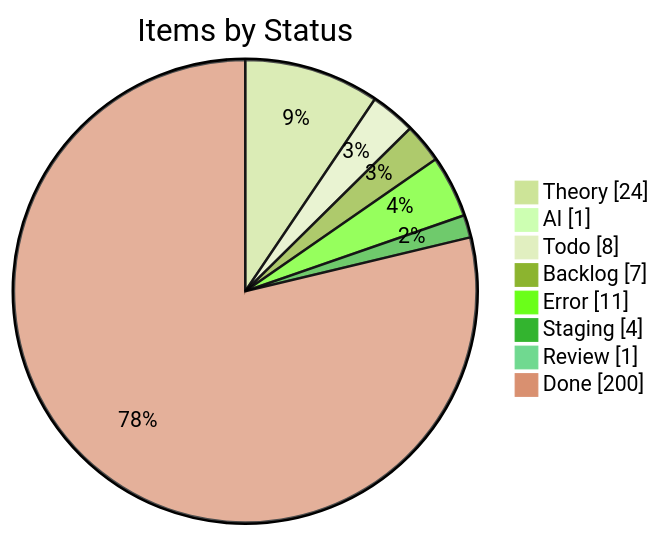
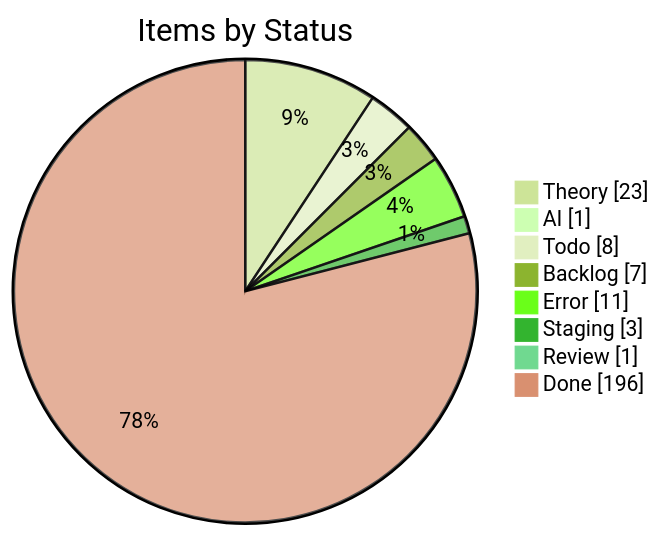
Before and after one commit to KBVE/kbve: the first of 4 diagrams in apps/kbve/astro-kbve/src/content/docs/dashboard/kanban-data.mdx, drawn with Mermaid (forest theme). The commit also changed other lines of this file and 8 other files, not shown here.

````diff
--- a/apps/kbve/astro-kbve/src/content/docs/dashboard/kanban-data.mdx
+++ b/apps/kbve/astro-kbve/src/content/docs/dashboard/kanban-data.mdx
@@ -55,12 +55,12 @@
 ```mermaid
 pie showData
     title Items by Status
-    "Theory" : 24
+    "Theory" : 23
     "AI" : 1
     "Todo" : 8
     "Backlog" : 7
     "Error" : 11
-    "Staging" : 4
+    "Staging" : 3
     "Review" : 1
-    "Done" : 200
+    "Done" : 196
 ```
````
